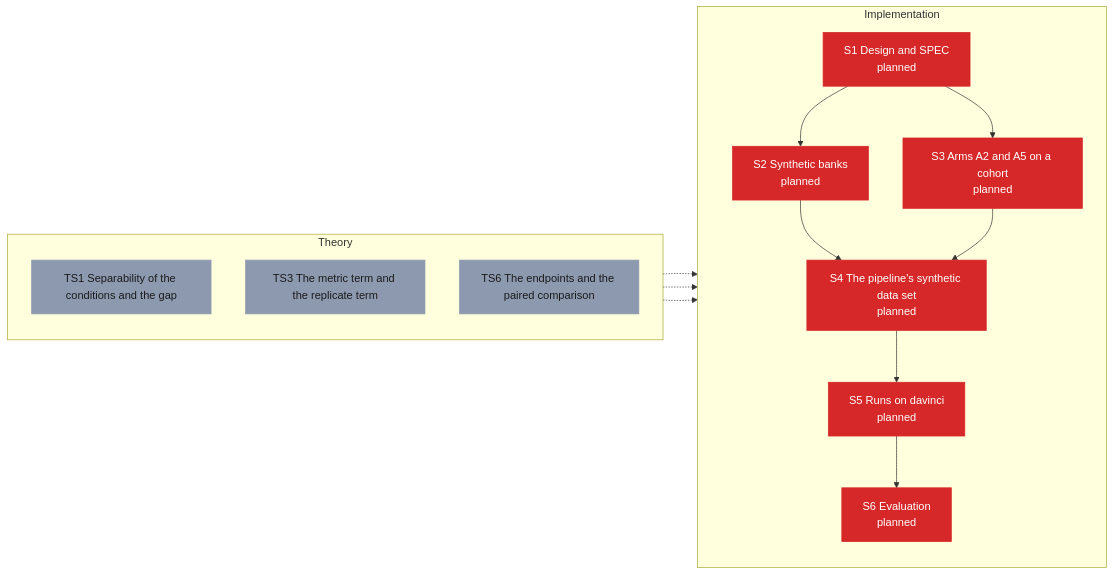
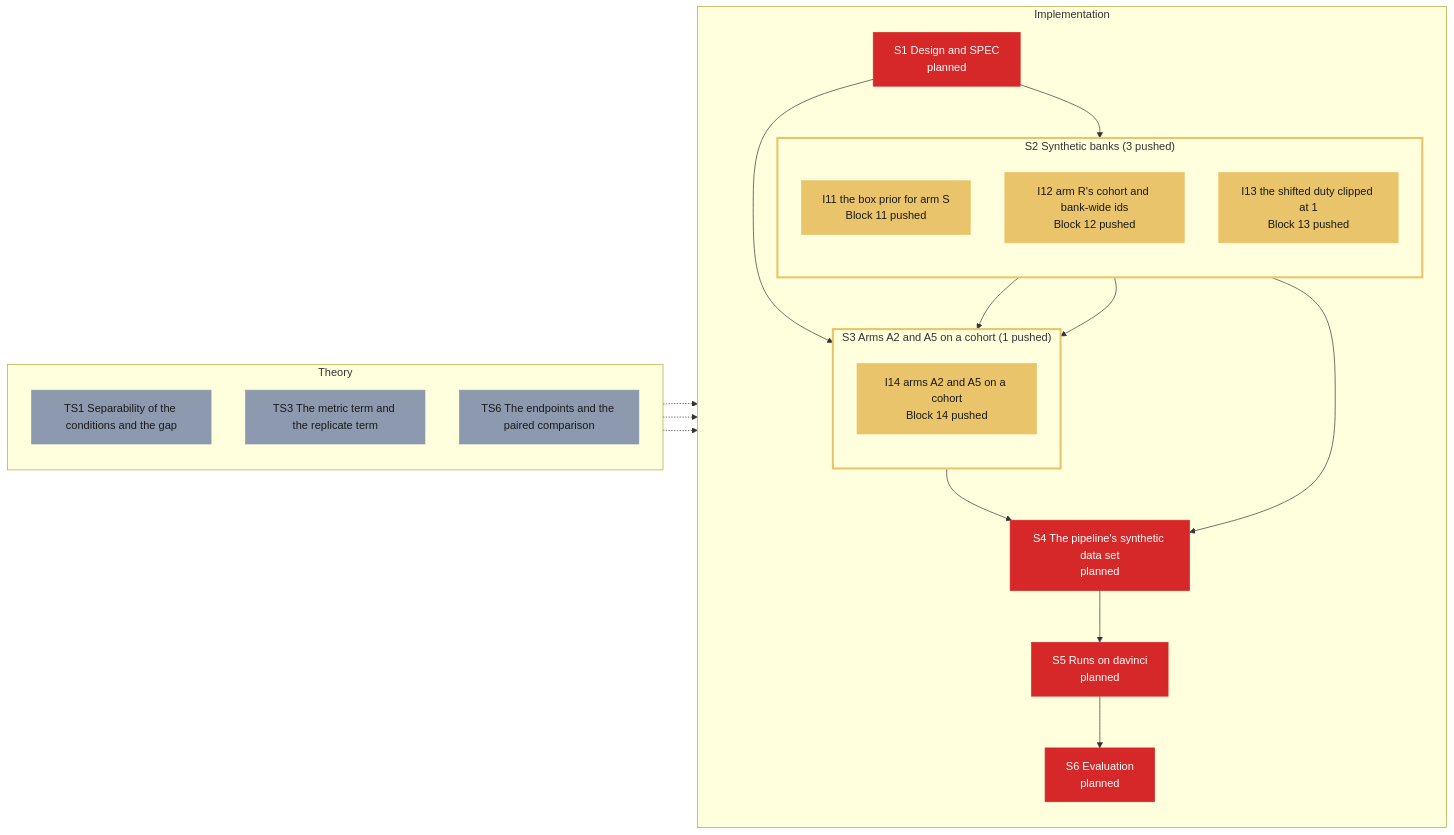
One commit to Leonardodm00/Simulation-Based-Inference changed the diagram in specs/roadmap/synth.md. Above: the diagram before and after it, drawn with Mermaid. The commit also changed other lines of this file and 1 other file, not shown here.

Commit message:
roadmap: synth blocks 11-14 added (steps S2 and S3)
Claude-Session: https://claude.ai/code/session_015FuK9zUnAx2bAGmAbFphw4

````diff
--- a/specs/roadmap/synth.md
+++ b/specs/roadmap/synth.md
@@ -5,39 +5,51 @@
 ```mermaid
 flowchart LR
     classDef planned fill:#d62828,color:#ffffff,stroke:#d62828
     classDef local fill:#f77f00,color:#1a1a1a,stroke:#f77f00
     classDef pushed fill:#e9c46a,color:#1a1a1a,stroke:#e9c46a
     classDef testing fill:#3a86ff,color:#ffffff,stroke:#3a86ff
     classDef tested fill:#2a9d8f,color:#ffffff,stroke:#2a9d8f
     classDef running fill:#8338ec,color:#ffffff,stroke:#8338ec
     classDef failing fill:#b5174e,color:#ffffff,stroke:#b5174e
     classDef done fill:#2d9a3d,color:#ffffff,stroke:#2d9a3d
     classDef open fill:#8d99ae,color:#1a1a1a,stroke:#8d99ae
     classDef studying fill:#3a86ff,color:#ffffff,stroke:#3a86ff
     classDef closed fill:#2d9a3d,color:#ffffff,stroke:#2d9a3d
     classDef blocked stroke-dasharray:5 3,stroke:#333
     subgraph theory["Theory"]
         direction TB
         TS1["TS1 Separability of the conditions and the gap"]:::open
         TS3["TS3 The metric term and the replicate term"]:::open
         TS6["TS6 The endpoints and the paired comparison"]:::open
     end
     subgraph impl["Implementation"]
         direction TB
         S1["S1 Design and SPEC<br/>planned"]:::planned
-        S2["S2 Synthetic banks<br/>planned"]:::planned
-        S3["S3 Arms A2 and A5 on a cohort<br/>planned"]:::planned
+        subgraph grp_S2["S2 Synthetic banks (3 pushed)"]
+            direction TB
+            I11["I11 the box prior for arm S<br/>Block 11 pushed"]:::pushed
+            I12["I12 arm R's cohort and bank-wide ids<br/>Block 12 pushed"]:::pushed
+            I13["I13 the shifted duty clipped at 1<br/>Block 13 pushed"]:::pushed
+        end
+        subgraph grp_S3["S3 Arms A2 and A5 on a cohort (1 pushed)"]
+            direction TB
+            I14["I14 arms A2 and A5 on a cohort<br/>Block 14 pushed"]:::pushed
+        end
         S4["S4 The pipeline's synthetic data set<br/>planned"]:::planned
         S5["S5 Runs on davinci<br/>planned"]:::planned
         S6["S6 Evaluation<br/>planned"]:::planned
-        S1 --> S2
-        S1 --> S3
-        S2 --> S4
-        S3 --> S4
+        S1 --> grp_S2
+        S1 --> grp_S3
+        grp_S2 --> S4
+        grp_S3 --> S4
         S4 --> S5
         S5 --> S6
+        I11 --> I14
+        I12 --> I14
     end
     TS1 -.-> S1
-    TS3 -.-> S3
+    TS3 -.-> grp_S3
     TS6 -.-> S6
+    style grp_S2 stroke:#e9c46a,stroke-width:3px
+    style grp_S3 stroke:#e9c46a,stroke-width:3px
 ```
````
